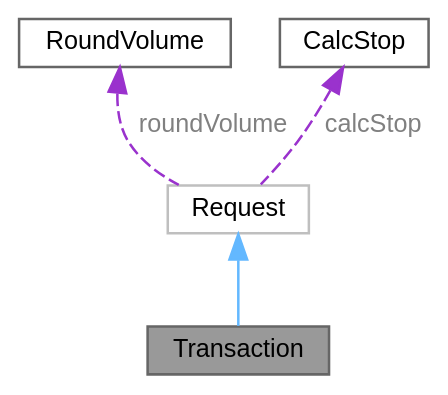
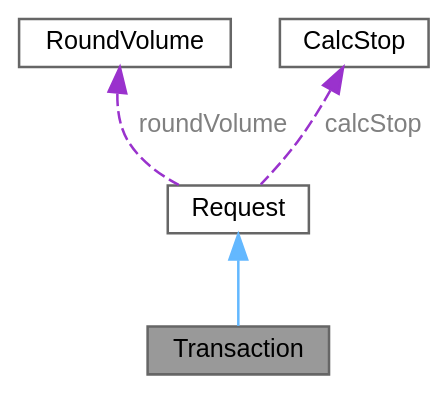
Before and after one commit to davdcsam/AtingMQL5: the diagram in docs/class_transaction__coll__graph.dot, drawn with Graphviz. The commit also changed 108 other files, not shown here.

```diff
--- a/docs/class_transaction__coll__graph.dot
+++ b/docs/class_transaction__coll__graph.dot
@@ -1,14 +1,14 @@
 digraph "Transaction"
 {
  // LATEX_PDF_SIZE
   bgcolor="transparent";
   edge [fontname=Helvetica,fontsize=10,labelfontname=Helvetica,labelfontsize=10];
   node [fontname=Helvetica,fontsize=10,shape=box,height=0.2,width=0.4];
-  Node1 [id="Node000001",label="Transaction",height=0.2,width=0.4,color="gray40", fillcolor="grey60", style="filled", fontcolor="black",tooltip=" "];
+  Node1 [id="Node000001",label="Transaction",height=0.2,width=0.4,color="gray40", fillcolor="grey60", style="filled", fontcolor="black",tooltip="Class to handle trading transactions, inheriting from Request."];
   Node2 -> Node1 [id="edge1_Node000001_Node000002",dir="back",color="steelblue1",style="solid",tooltip=" "];
-  Node2 [id="Node000002",label="Request",height=0.2,width=0.4,color="grey75", fillcolor="white", style="filled",URL="$class_request.html",tooltip=" "];
+  Node2 [id="Node000002",label="Request",height=0.2,width=0.4,color="gray40", fillcolor="white", style="filled",URL="$class_request.html",tooltip="Class to handle trade requests."];
   Node3 -> Node2 [id="edge2_Node000002_Node000003",dir="back",color="darkorchid3",style="dashed",tooltip=" ",label=" roundVolume",fontcolor="grey" ];
   Node3 [id="Node000003",label="RoundVolume",height=0.2,width=0.4,color="gray40", fillcolor="white", style="filled",URL="$class_round_volume.html",tooltip="Class to round volumes to the nearest step size."];
   Node4 -> Node2 [id="edge3_Node000002_Node000004",dir="back",color="darkorchid3",style="dashed",tooltip=" ",label=" calcStop",fontcolor="grey" ];
   Node4 [id="Node000004",label="CalcStop",height=0.2,width=0.4,color="gray40", fillcolor="white", style="filled",URL="$class_calc_stop.html",tooltip="Class to calculate stop loss and take profit prices."];
 }
```
